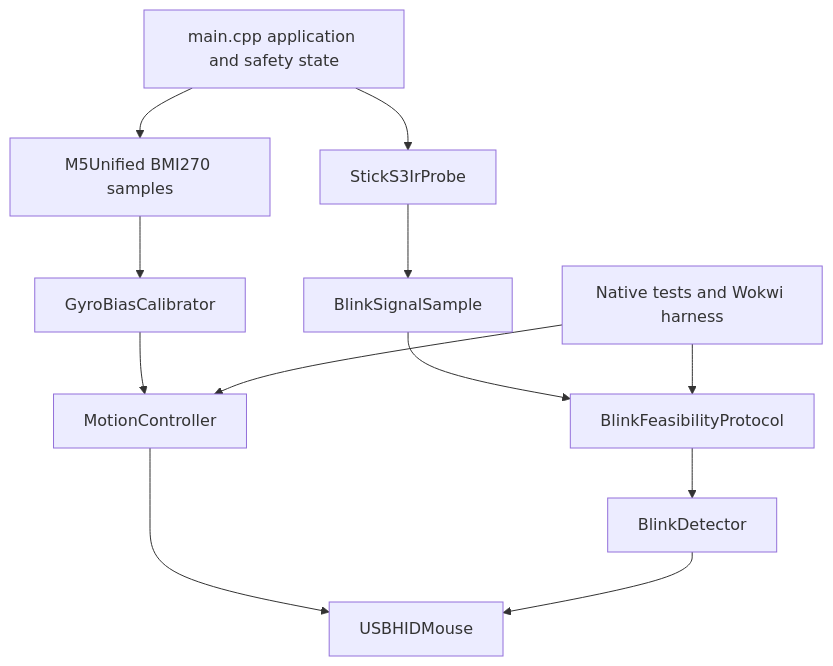
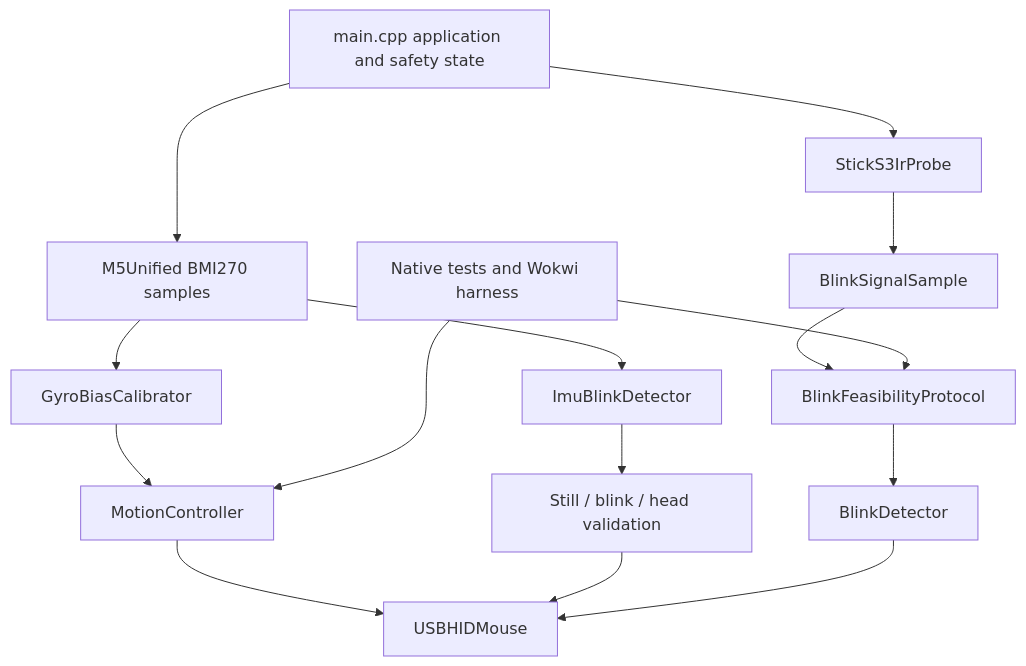
Before and after one commit to fcavalcantirj/Colibrino: the diagram in sticks3/README.md, drawn with Mermaid. The commit also changed other lines of this file and 11 other files, not shown here.

Commit message:
Validate StickS3 hardware and gate IMU blink input

````diff
--- a/sticks3/README.md
+++ b/sticks3/README.md
@@ -26,14 +27,17 @@
 ```mermaid
 flowchart TD
     Main[main.cpp application and safety state] --> IMU[M5Unified BMI270 samples]
     IMU --> Bias[GyroBiasCalibrator]
     Bias --> Motion[MotionController]
     Motion --> HID[USBHIDMouse]
+    IMU --> Gesture[ImuBlinkDetector]
+    Gesture --> Session[Still / blink / head validation]
+    Session --> HID
     Main --> Probe[StickS3IrProbe]
     Probe --> Sample[BlinkSignalSample]
     Sample --> Protocol[BlinkFeasibilityProtocol]
     Protocol --> Detector[BlinkDetector]
     Detector --> HID
     Simulation[Native tests and Wokwi harness] --> Motion
     Simulation --> Protocol
 ```
````
